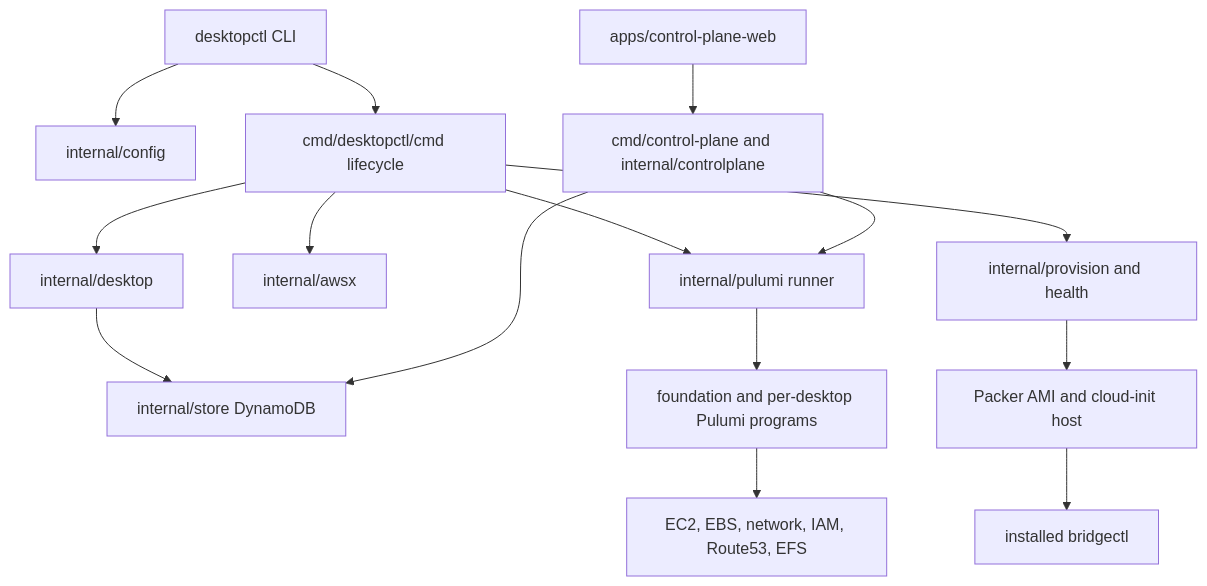
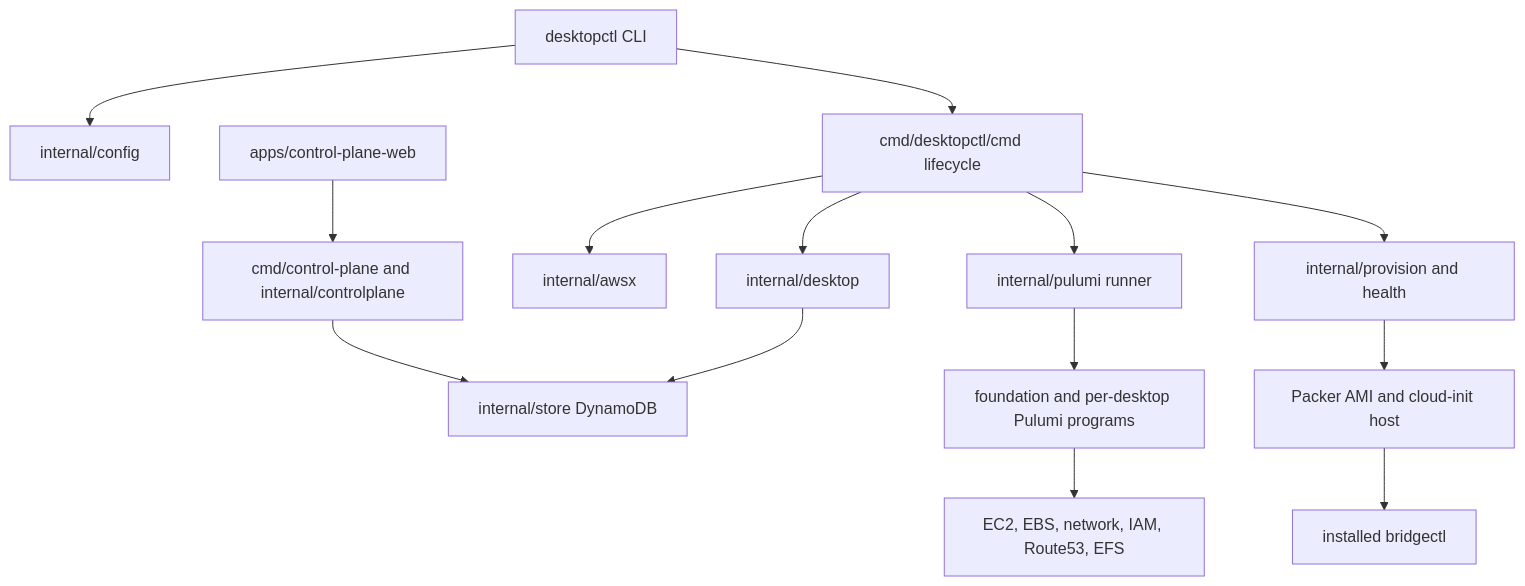
Before and after one commit to orchael/desktopctl: the first of 3 diagrams in docs/ARCHITECTURE.md, drawn with Mermaid. The commit also changed other lines of this file and 89 other files, not shown here.

First line of the commit message:
Run control plane as standalone desktopctl companion (#356)

````diff
--- a/docs/ARCHITECTURE.md
+++ b/docs/ARCHITECTURE.md
@@ -7,17 +7,16 @@
 ```mermaid
 flowchart TD
   CLI[desktopctl CLI] --> Config[internal/config]
   CLI --> Lifecycle[cmd/desktopctl/cmd lifecycle]
   Lifecycle --> Desktop[internal/desktop]
   Lifecycle --> AWS[internal/awsx]
   Lifecycle --> Pulumi[internal/pulumi runner]
   Lifecycle --> Provision[internal/provision and health]
   Desktop --> Store[internal/store DynamoDB]
   Pulumi --> Programs[foundation and per-desktop Pulumi programs]
   Programs --> CustomerAWS[EC2, EBS, network, IAM, Route53, EFS]
   Provision --> Host[Packer AMI and cloud-init host]
   Host --> Bridge[installed bridgectl]
-  LegacyWeb[apps/control-plane-web] --> LegacyAPI[cmd/control-plane and internal/controlplane]
-  LegacyAPI --> Store
-  LegacyAPI --> Pulumi
+  Companion[apps/control-plane-web] --> CompanionAPI[cmd/control-plane and internal/controlplane]
+  CompanionAPI --> Store
 ```
````
